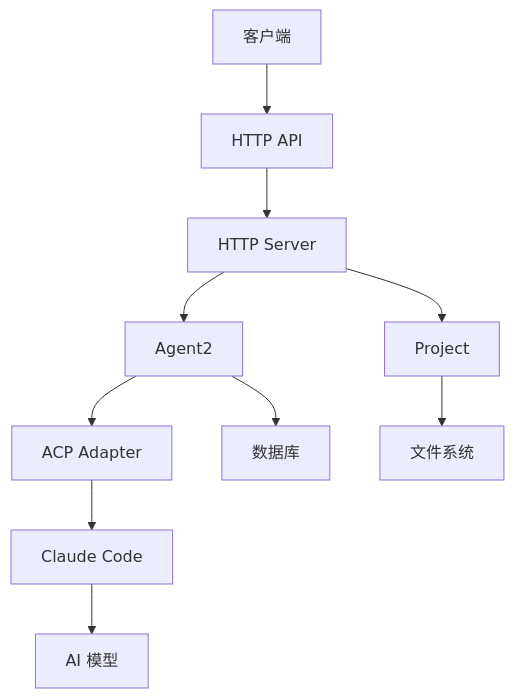
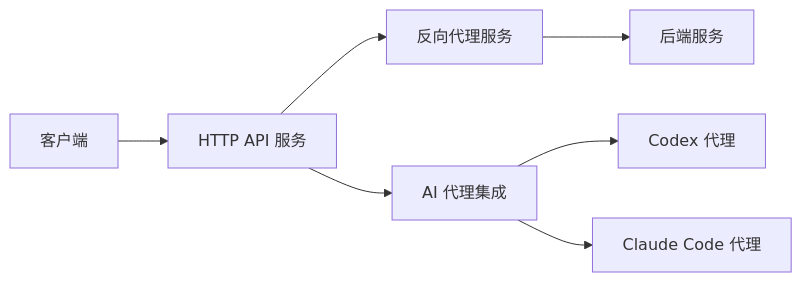
One commit to nuwax-ai/rcoder changed the second of 6 diagrams in .qoder/repowiki/zh/content/项目概述.md. Above: the diagram before and after it, drawn with Mermaid. The commit also changed other lines of this file and 219 other files, not shown here.

````diff
--- a/.qoder/repowiki/zh/content/项目概述.md
+++ b/.qoder/repowiki/zh/content/项目概述.md
@@ -96,12 +69,9 @@
 ```mermaid
-graph TD
-A[客户端] --> B[HTTP API]
-B --> C[HTTP Server]
-C --> D[Agent2]
-D --> E[ACP Adapter]
-E --> F[Claude Code]
-C --> G[Project]
-G --> H[文件系统]
-D --> I[数据库]
-F --> J[AI 模型]
+graph LR
+Client[客户端] --> API[HTTP API 服务]
+API --> Proxy[反向代理服务]
+API --> Agent[AI 代理集成]
+Agent --> Codex[Codex 代理]
+Agent --> Claude[Claude Code 代理]
+Proxy --> Backend[后端服务]
 ```
````
